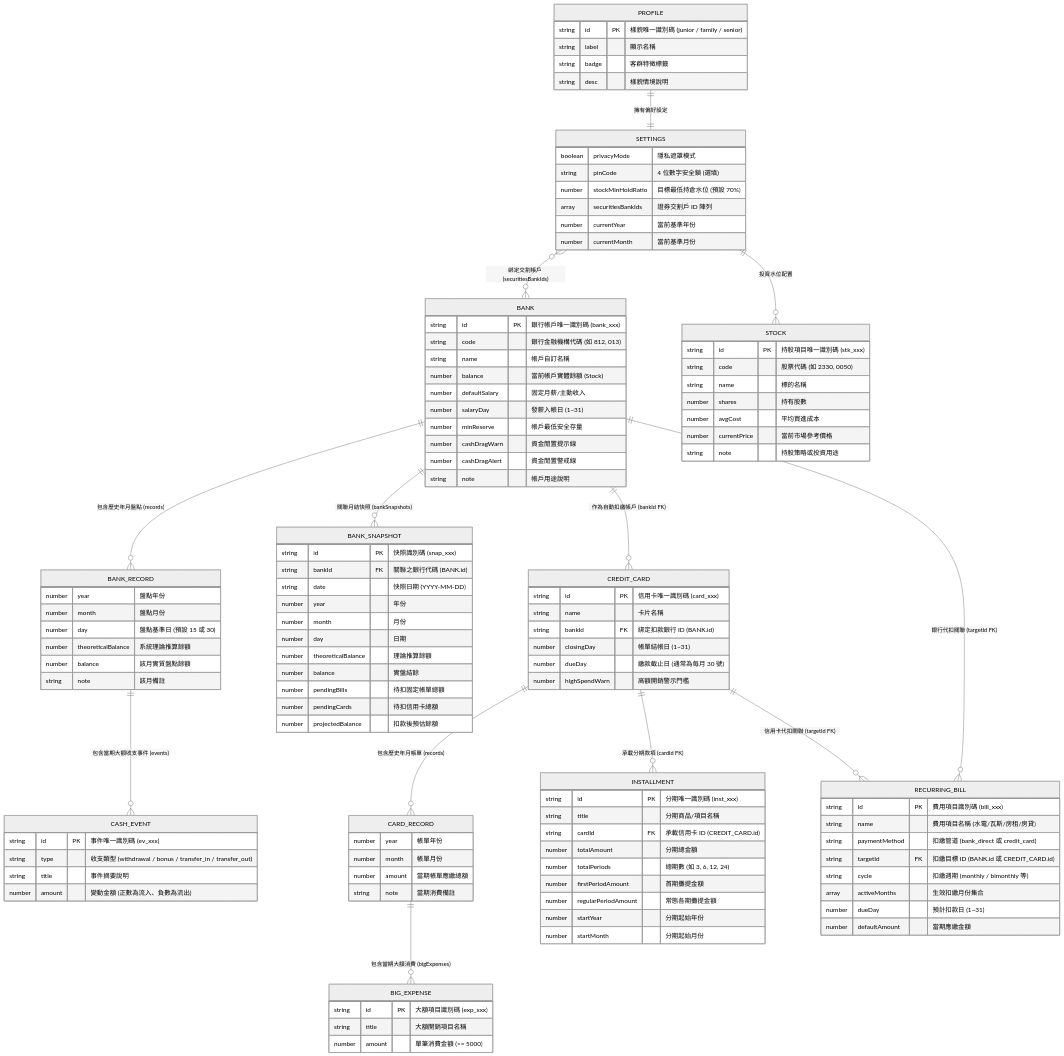
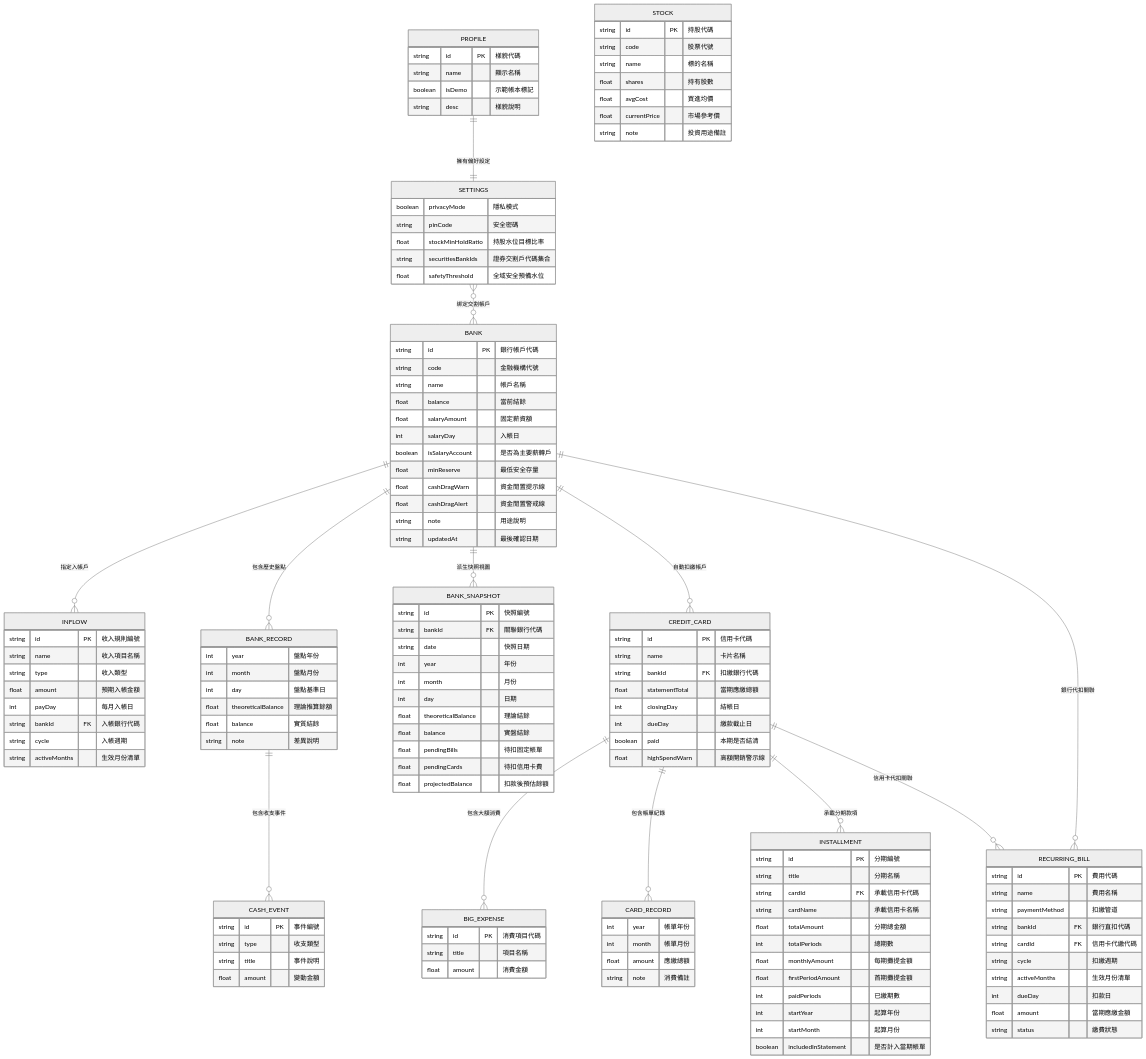
One commit to wiskinglin/wiskinglin.github.io changed the first of 2 diagrams in pocketmoney/ERD.md. Above: the diagram before and after it, drawn with Mermaid (neutral theme). The commit also changed other lines of this file and 8 other files, not shown here.

````diff
--- a/pocketmoney/ERD.md
+++ b/pocketmoney/ERD.md
@@ -15,134 +17,152 @@
 ```mermaid
 erDiagram
     PROFILE ||--|| SETTINGS : "擁有偏好設定"
-    SETTINGS }o--o{ BANK : "綁定交割帳戶 (securitiesBankIds)"
+    SETTINGS }o--o{ BANK : "綁定交割帳戶"
 
-    BANK ||--o{ BANK_RECORD : "包含歷史年月盤點 (records)"
-    BANK_RECORD ||--o{ CASH_EVENT : "包含當期大額收支事件 (events)"
-    BANK ||--o{ BANK_SNAPSHOT : "關聯月結快照 (bankSnapshots)"
+    BANK ||--o{ INFLOW : "指定入帳戶"
+    BANK ||--o{ BANK_RECORD : "包含歷史盤點"
+    BANK_RECORD ||--o{ CASH_EVENT : "包含收支事件"
+    BANK ||--o{ BANK_SNAPSHOT : "派生快照視圖"
 
-    BANK ||--o{ CREDIT_CARD : "作為自動扣繳帳戶 (bankId FK)"
-    CREDIT_CARD ||--o{ CARD_RECORD : "包含歷史年月帳單 (records)"
-    CARD_RECORD ||--o{ BIG_EXPENSE : "包含當期大額消費 (bigExpenses)"
+    BANK ||--o{ CREDIT_CARD : "自動扣繳帳戶"
+    CREDIT_CARD ||--o{ BIG_EXPENSE : "包含大額消費"
+    CREDIT_CARD ||--o{ CARD_RECORD : "包含帳單紀錄"
 
-    CREDIT_CARD ||--o{ INSTALLMENT : "承載分期款項 (cardId FK)"
+    CREDIT_CARD ||--o{ INSTALLMENT : "承載分期款項"
 
-    BANK ||--o{ RECURRING_BILL : "銀行代扣關聯 (targetId FK)"
-    CREDIT_CARD ||--o{ RECURRING_BILL : "信用卡代扣關聯 (targetId FK)"
-
-    SETTINGS ||--o{ STOCK : "投資水位配置"
+    BANK ||--o{ RECURRING_BILL : "銀行代扣關聯"
+    CREDIT_CARD ||--o{ RECURRING_BILL : "信用卡代扣關聯"
 
     PROFILE {
-        string id PK "樣貌唯一識別碼 (junior / family / senior)"
-        string label "顯示名稱"
-        string badge "客群特徵標籤"
-        string desc "樣貌情境說明"
+        string id PK "樣貌代碼"
+        string name "顯示名稱"
+        boolean isDemo "示範帳本標記"
+        string desc "樣貌說明"
     }
 
     SETTINGS {
-        boolean privacyMode "隱私遮罩模式"
-        string pinCode "4 位數字安全鎖 (選填)"
-        number stockMinHoldRatio "目標最低持倉水位 (預設 70%)"
-        array securitiesBankIds "證券交割戶 ID 陣列"
-        number currentYear "當前基準年份"
-        number currentMonth "當前基準月份"
+        boolean privacyMode "隱私模式"
+        string pinCode "安全密碼"
+        float stockMinHoldRatio "持股水位目標比率"
+        string securitiesBankIds "證券交割戶代碼集合"
+        float safetyThreshold "全域安全預備水位"
+    }
+
+    INFLOW {
+        string id PK "收入規則編號"
+        string name "收入項目名稱"
+        string type "收入類型"
+        float amount "預期入帳金額"
+        int payDay "每月入帳日"
+        string bankId FK "入帳銀行代碼"
+        string cycle "入帳週期"
+        string activeMonths "生效月份清單"
     }
 
     BANK {
-        string id PK "銀行帳戶唯一識別碼 (bank_xxx)"
-        string code "銀行金融機構代碼 (如 812, 013)"
-        string name "帳戶自訂名稱"
-        number balance "當前帳戶實體餘額 (Stock)"
-        number defaultSalary "固定月薪/主動收入"
-        number salaryDay "發薪入帳日 (1~31)"
-        number minReserve "帳戶最低安全存量"
-        number cashDragWarn "資金閒置提示線"
-        number cashDragAlert "資金閒置警戒線"
-        string note "帳戶用途說明"
+        string id PK "銀行帳戶代碼"
+        string code "金融機構代號"
+        string name "帳戶名稱"
+        float balance "當前結餘"
+        float salaryAmount "固定薪資額"
+        int salaryDay "入帳日"
+        boolean isSalaryAccount "是否為主要薪轉戶"
+        float minReserve "最低安全存量"
+        float cashDragWarn "資金閒置提示線"
+        float cashDragAlert "資金閒置警戒線"
+        string note "用途說明"
+        string updatedAt "最後確認日期"
     }
 
     BANK_RECORD {
-        number year "盤點年份"
-        number month "盤點月份"
-        number day "盤點基準日 (預設 15 或 30)"
-        number theoreticalBalance "系統理論推算餘額"
-        number balance "該月實質盤點餘額"
-        string note "該月備註"
+        int year "盤點年份"
+        int month "盤點月份"
+        int day "盤點基準日"
+        float theoreticalBalance "理論推算餘額"
+        float balance "實質結餘"
+        string note "差異說明"
     }
 
     CASH_EVENT {
-        string id PK "事件唯一識別碼 (ev_xxx)"
-        string type "收支類型 (withdrawal / bonus / transfer_in / transfer_out)"
-        string title "事件摘要說明"
-        number amount "變動金額 (正數為流入、負數為流出)"
+        string id PK "事件編號"
+        string type "收支類型"
+        string title "事件說明"
+        float amount "變動金額"
     }
 
     BANK_SNAPSHOT {
-        string id PK "快照識別碼 (snap_xxx)"
-        string bankId FK "關聯之銀行代碼 (BANK.id)"
-        string date "快照日期 (YYYY-MM-DD)"
-        number year "年份"
-        number month "月份"
-        number day "日期"
-        number theoreticalBalance "理論推算餘額"
-        number balance "實盤結餘"
-        number pendingBills "待扣固定帳單總額"
-        number pendingCards "待扣信用卡總額"
-        number projectedBalance "扣款後預估餘額"
+        string id PK "快照編號"
+        string bankId FK "關聯銀行代碼"
+        string date "快照日期"
+        int year "年份"
+        int month "月份"
+        int day "日期"
+        float theoreticalBalance "理論結餘"
+        float balance "實盤結餘"
+        float pendingBills "待扣固定帳單"
+        float pendingCards "待扣信用卡費"
+        float projectedBalance "扣款後預估餘額"
     }
 
     CREDIT_CARD {
-        string id PK "信用卡唯一識別碼 (card_xxx)"
+        string id PK "信用卡代碼"
         string name "卡片名稱"
-        string bankId FK "綁定扣款銀行 ID (BANK.id)"
-        number closingDay "帳單結帳日 (1~31)"
-        number dueDay "繳款截止日 (通常為每月 30 號)"
-        number highSpendWarn "高額開銷警示門檻"
+        string bankId FK "扣繳銀行代碼"
+        float statementTotal "當期應繳總額"
+        int closingDay "結帳日"
+        int dueDay "繳款截止日"
+        boolean paid "本期是否結清"
+        float highSpendWarn "高額開銷警示線"
     }
 
     CARD_RECORD {
-        number year "帳單年份"
-        number month "帳單月份"
-        number amount "當期帳單應繳總額"
-        string note "當期消費備註"
+        int year "帳單年份"
+        int month "帳單月份"
+        float amount "應繳總額"
+        string note "消費備註"
     }
 
     BIG_EXPENSE {
-        string id PK "大額項目識別碼 (exp_xxx)"
-        string title "大額開銷項目名稱"
-        number amount "單筆消費金額 (>= 5000)"
+        string id PK "消費項目代碼"
+        string title "項目名稱"
+        float amount "消費金額"
     }
 
     INSTALLMENT {
-        string id PK "分期唯一識別碼 (inst_xxx)"
-        string title "分期商品/項目名稱"
-        string cardId FK "承載信用卡 ID (CREDIT_CARD.id)"
-        number totalAmount "分期總金額"
-        number totalPeriods "總期數 (如 3, 6, 12, 24)"
-        number firstPeriodAmount "首期攤提金額"
-        number regularPeriodAmount "常態各期攤提金額"
-        number startYear "分期起始年份"
-        number startMonth "分期起始月份"
+        string id PK "分期編號"
+        string title "分期名稱"
+        string cardId FK "承載信用卡代碼"
+        string cardName "承載信用卡名稱"
+        float totalAmount "分期總金額"
+        int totalPeriods "總期數"
+        float monthlyAmount "每期攤提金額"
+        float firstPeriodAmount "首期攤提金額"
+        int paidPeriods "已繳期數"
+        int startYear "起算年份"
+        int startMonth "起算月份"
+        boolean includedInStatement "是否計入當期帳單"
     }
 
     RECURRING_BILL {
-        string id PK "費用項目識別碼 (bill_xxx)"
-        string name "費用項目名稱 (水電/瓦斯/房租/房貸)"
-        string paymentMethod "扣繳管道 (bank_direct 或 credit_card)"
-        string targetId FK "扣繳目標 ID (BANK.id 或 CREDIT_CARD.id)"
-        string cycle "扣繳週期 (monthly / bimonthly 等)"
-        array activeMonths "生效扣繳月份集合"
-        number dueDay "預計扣款日 (1~31)"
-        number defaultAmount "當期應繳金額"
+        string id PK "費用代碼"
+        string name "費用名稱"
+        string paymentMethod "扣繳管道"
+        string bankId FK "銀行直扣代碼"
+        string cardId FK "信用卡代繳代碼"
+        string cycle "扣繳週期"
+        string activeMonths "生效月份清單"
+        int dueDay "扣款日"
+        float amount "當期應繳金額"
+        string status "繳費狀態"
     }
 
     STOCK {
-        string id PK "持股項目唯一識別碼 (stk_xxx)"
-        string code "股票代碼 (如 2330, 0050)"
+        string id PK "持股代碼"
+        string code "股票代號"
         string name "標的名稱"
-        number shares "持有股數"
-        number avgCost "平均買進成本"
-        number currentPrice "當前市場參考價格"
-        string note "持股策略或投資用途"
+        float shares "持有股數"
+        float avgCost "買進均價"
+        float currentPrice "市場參考價"
+        string note "投資用途備註"
     }
 ```
````
